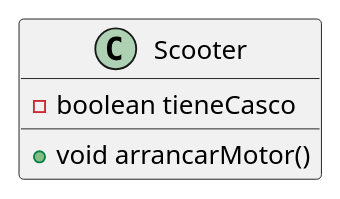
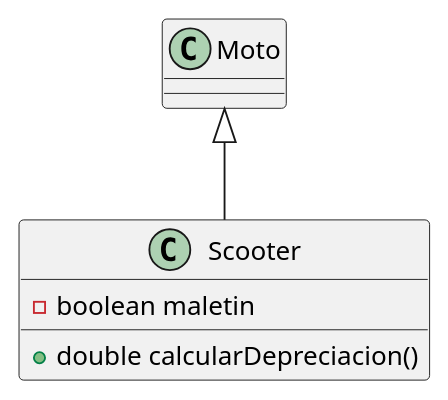
Before and after one commit to MsC254/UT5_ED_Prog: the diagram in uml/Scooter.puml, drawn with PlantUML. The commit also changed 12 other files, not shown here.

Commit message:
Actualización de diagramas UML y archivos .puml

```diff
--- a/uml/Scooter.puml
+++ b/uml/Scooter.puml
@@ -1,7 +1,6 @@
 @startuml
-class Scooter {
-  - boolean tieneCasco
-
-  + void arrancarMotor()
+class Scooter extends Moto {
+    - boolean maletin
+    + double calcularDepreciacion()
 }
 @enduml
```
